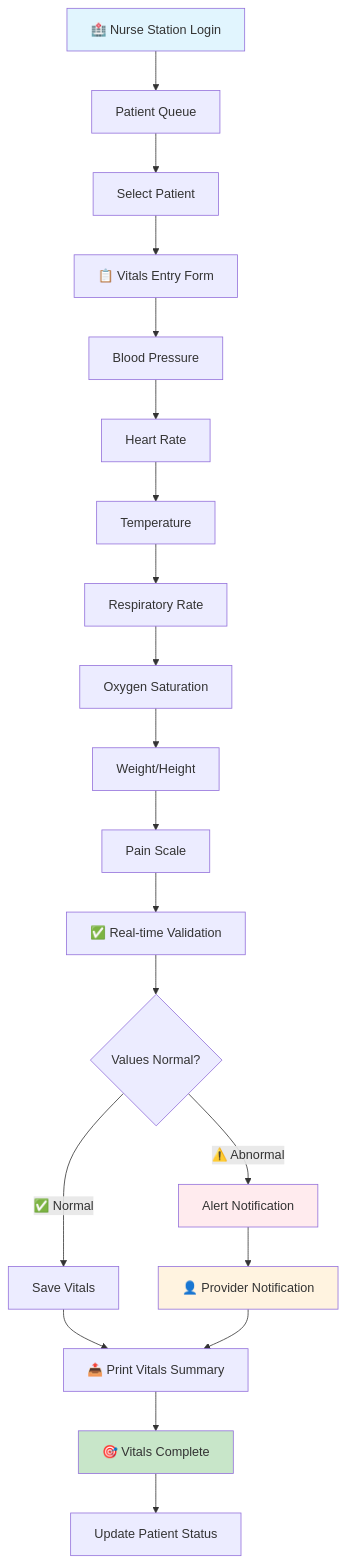
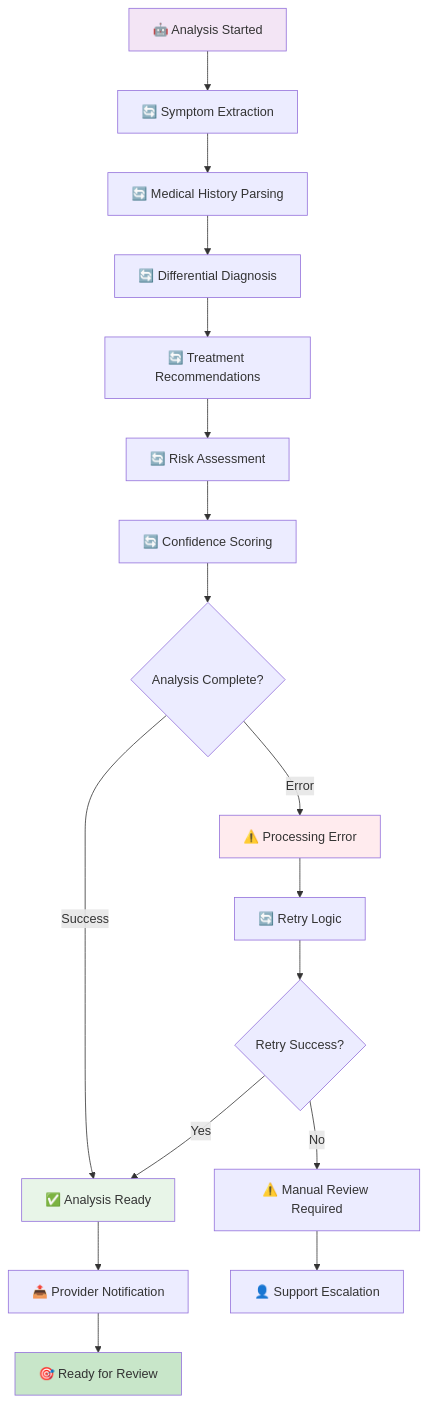
The third of 16 diagrams in docs/wireflow-diagrams.md (Duraman3444/PreExamChartingAgent), drawn with Mermaid before and after one commit. The commit also changed other lines of this file and 5 other files, not shown here.

````diff
--- a/docs/wireflow-diagrams.md
+++ b/docs/wireflow-diagrams.md
@@ -85,27 +87,24 @@
 ```mermaid
 flowchart TD
-    A[🏥 Nurse Station Login] --> B[Patient Queue]
-    B --> C[Select Patient]
-    C --> D[📋 Vitals Entry Form]
-    D --> E[Blood Pressure]
-    E --> F[Heart Rate]
-    F --> G[Temperature]
-    G --> H[Respiratory Rate]
-    H --> I[Oxygen Saturation]
-    I --> J[Weight/Height]
-    J --> K[Pain Scale]
-    K --> L[✅ Real-time Validation]
-    L --> M{Values Normal?}
-    M -->|⚠️ Abnormal| N[Alert Notification]
-    M -->|✅ Normal| O[Save Vitals]
-    N --> P[👤 Provider Notification]
-    O --> Q[📤 Print Vitals Summary]
-    P --> Q
-    Q --> R[🎯 Vitals Complete]
-    R --> S[Update Patient Status]
+    A[🤖 Analysis Started] --> B[🔄 Symptom Extraction]
+    B --> C[🔄 Medical History Parsing]
+    C --> D[🔄 Differential Diagnosis]
+    D --> E[🔄 Treatment Recommendations]
+    E --> F[🔄 Risk Assessment]
+    F --> G[🔄 Confidence Scoring]
+    G --> H{Analysis Complete?}
+    H -->|Error| I[⚠️ Processing Error]
+    H -->|Success| J[✅ Analysis Ready]
+    I --> K[🔄 Retry Logic]
+    J --> L[📤 Provider Notification]
+    K --> M{Retry Success?}
+    L --> N[🎯 Ready for Review]
+    M -->|No| O[⚠️ Manual Review Required]
+    M -->|Yes| J
+    O --> P[👤 Support Escalation]
     
-    style A fill:#e1f5fe
-    style R fill:#c8e6c9
-    style N fill:#ffebee
-    style P fill:#fff3e0
+    style A fill:#f3e5f5
+    style N fill:#c8e6c9
+    style I fill:#ffebee
+    style J fill:#e8f5e8
 ```
````
